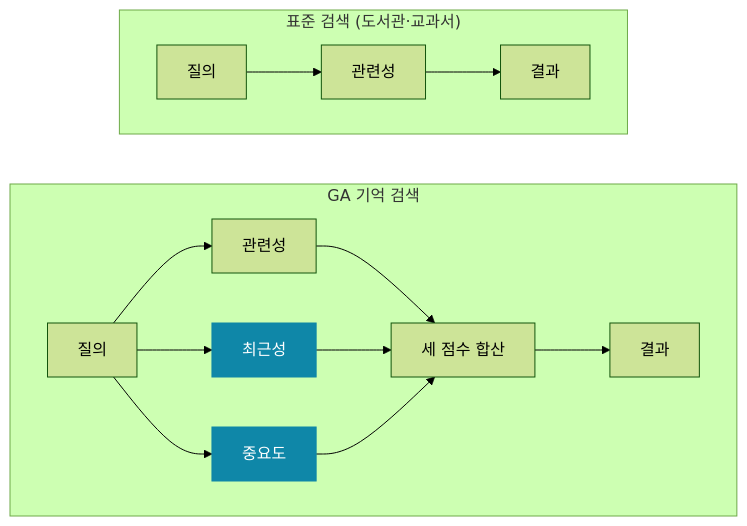
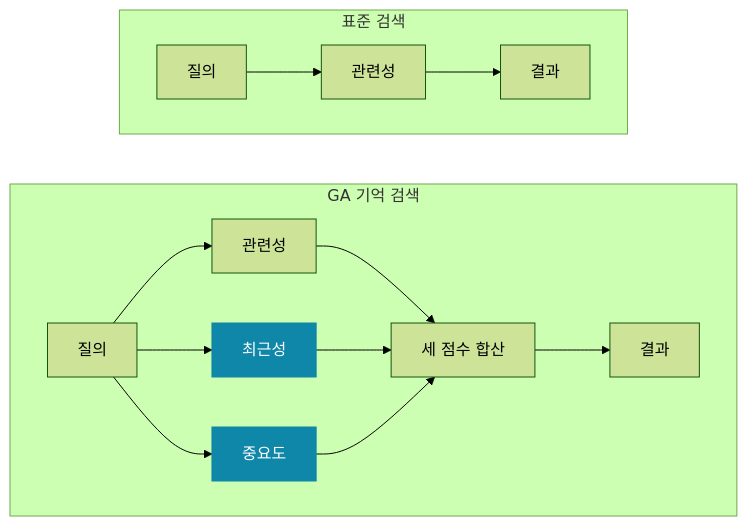
Before and after one commit to qoal1201/synthetic-society-research: the second of 2 diagrams in paper-reviews/2304.03442-generative-agents.qmd, drawn with Mermaid (forest theme). The commit also changed 3 other files, not shown here.

Commit message:
프롤로그 통합본 통독 정리 — 핵심 논문 2개로 축약(Hullman 본문·mermaid 잔재 제거)·리드 오타·홈 지도 고정링크 제거 + GA 도식 라벨 축약·wang 모식도 캡션 어휘(박선호 통독 수정 반영)

````diff
--- a/paper-reviews/2304.03442-generative-agents.qmd
+++ b/paper-reviews/2304.03442-generative-agents.qmd
@@ -78,21 +78,21 @@
 ```{mermaid}
 %%| fig-cap: "표준 검색은 관련성 하나로 고른다. GA는 거기에 최근성·중요도를 더해 세 점수로 고른다. 모식도."
 flowchart TB
-  subgraph STD["표준 검색 (도서관·교과서)"]
+  subgraph STD["표준 검색"]
     direction LR
     S1["질의"] --> S2["관련성"] --> S3["결과"]
   end
   subgraph GAG["GA 기억 검색"]
     direction LR
     G1["질의"] --> GR["관련성"]
     G1 --> GC["최근성"]
     G1 --> GI["중요도"]
     GR --> SUM["세 점수 합산"]
     GC --> SUM
     GI --> SUM
     SUM --> G3["결과"]
   end
   STD ~~~ GAG
   classDef add fill:#0F87A8,color:#ffffff,stroke:#0F87A8;
   class GC,GI add;
 ```
````
